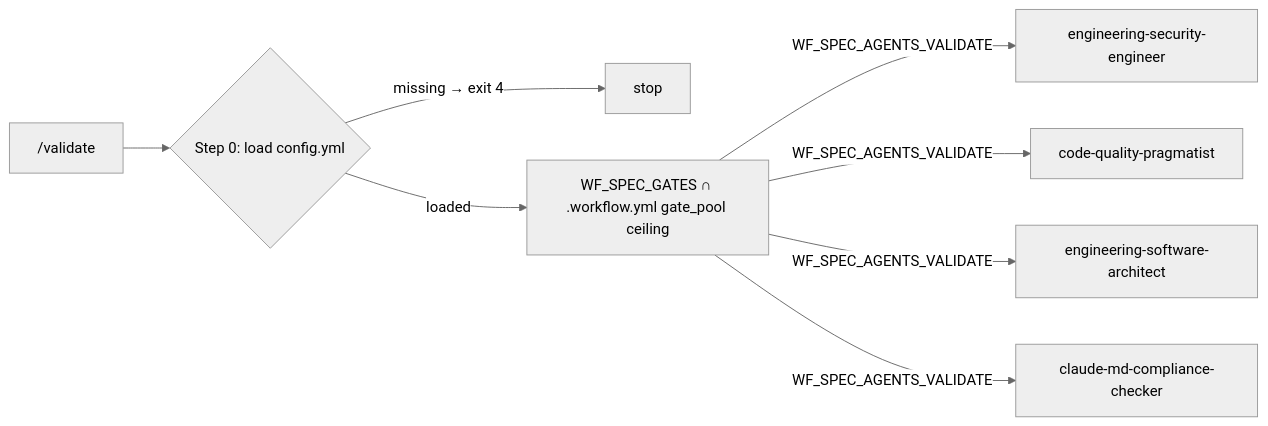
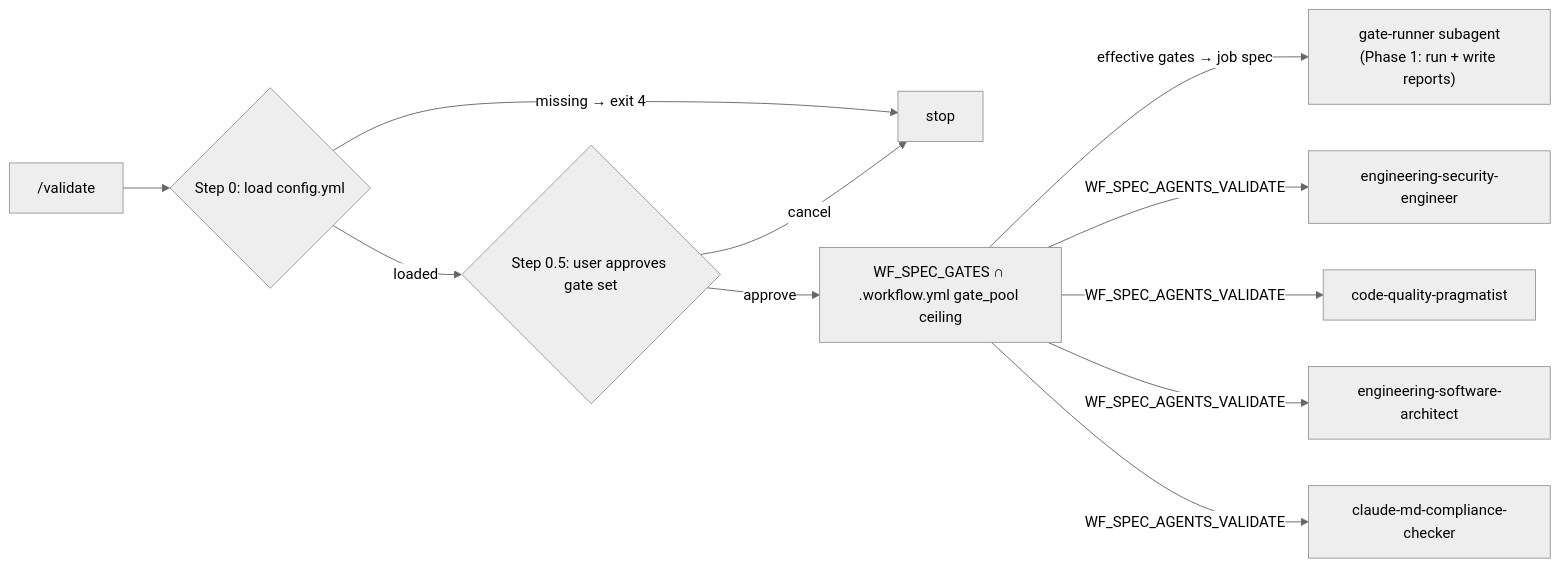
One commit to AlarQ/SDD-hub changed the ninth of 14 diagrams in docs/workflow-diagram.md. Above: the diagram before and after it, drawn with Mermaid (neutral theme). The commit also changed other lines of this file and 2 other files, not shown here.

Commit message:
feat: detemrinistic gate agent

````diff
--- a/docs/workflow-diagram.md
+++ b/docs/workflow-diagram.md
@@ -385,10 +387,13 @@
 ```mermaid
 graph LR
     VA["/validate"] --> CFG0{Step 0: load config.yml}
     CFG0 -->|missing → exit 4| STOP_VA[stop]
-    CFG0 -->|loaded| CEIL["WF_SPEC_GATES ∩ .workflow.yml gate_pool ceiling"]
+    CFG0 -->|loaded| APPR{Step 0.5: user approves gate set}
+    APPR -->|cancel| STOP_VA
+    APPR -->|approve| CEIL["WF_SPEC_GATES ∩ .workflow.yml gate_pool ceiling"]
+    CEIL -->|effective gates → job spec| GR["gate-runner subagent<br/>(Phase 1: run + write reports)"]
     CEIL -->|WF_SPEC_AGENTS_VALIDATE| SE[engineering-security-engineer]
     CEIL -->|WF_SPEC_AGENTS_VALIDATE| CQP[code-quality-pragmatist]
     CEIL -->|WF_SPEC_AGENTS_VALIDATE| SA[engineering-software-architect]
     CEIL -->|WF_SPEC_AGENTS_VALIDATE| CMC[claude-md-compliance-checker]
 ```
````
